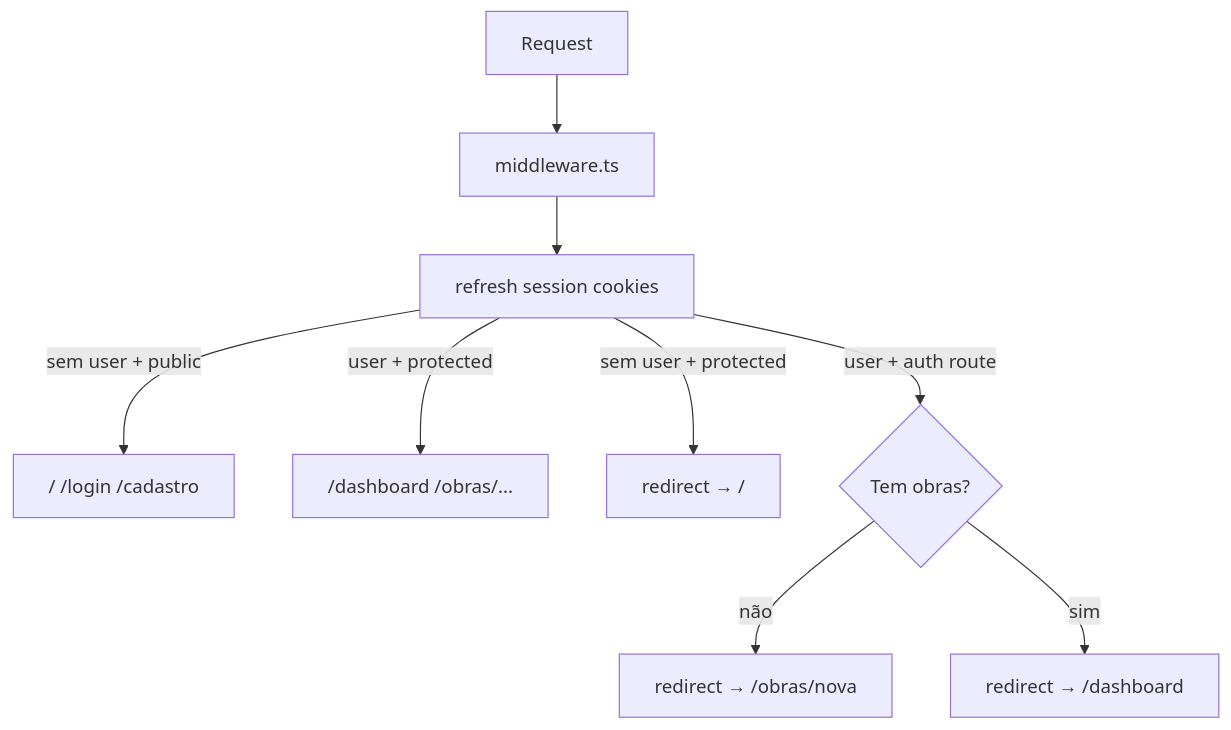
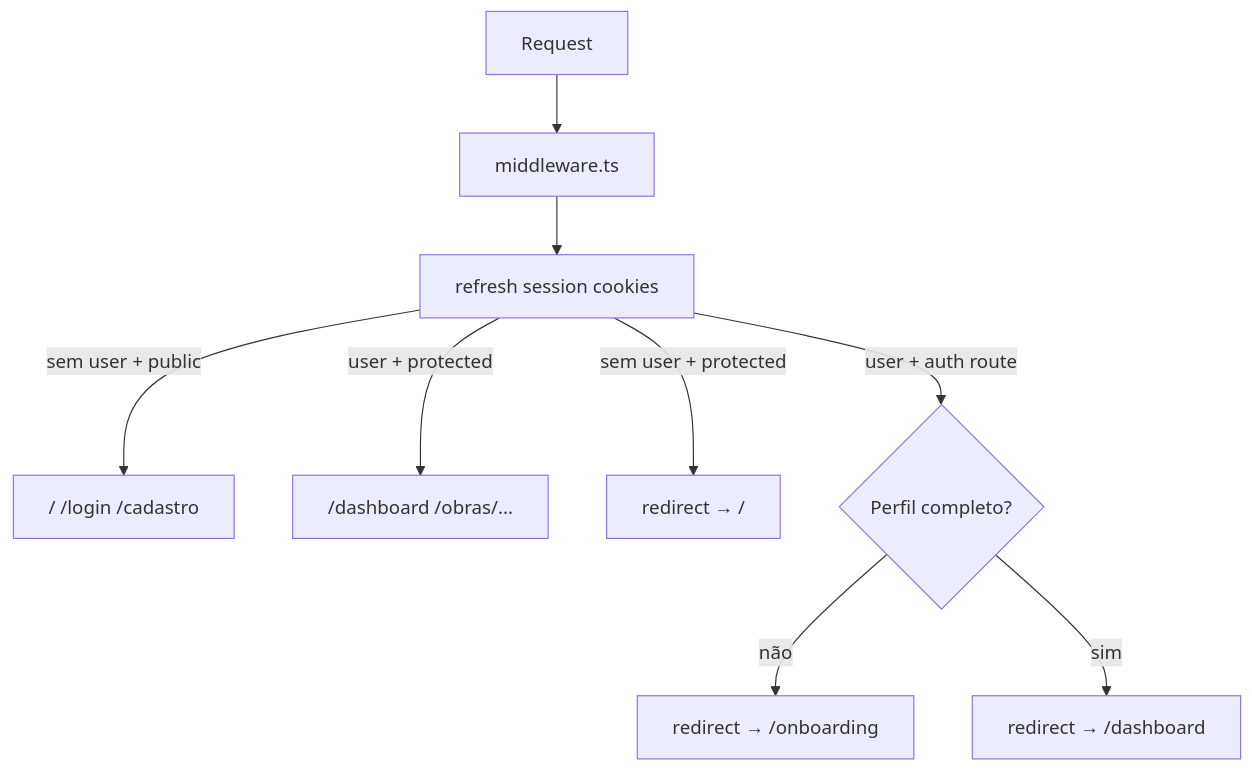
The second of 2 diagrams in docs/ARCHITECTURE.md (suporteobrioai-crypto/OBRIO), drawn with Mermaid before and after one commit. The commit also changed other lines of this file and 15 other files, not shown here.

First line of the commit message:
docs: sync guides with Hotmart-only billing and current architecture.

````diff
--- a/docs/ARCHITECTURE.md
+++ b/docs/ARCHITECTURE.md
@@ -101,20 +102,20 @@
 ```mermaid
 flowchart TB
   Request["Request"]
   MW["middleware.ts"]
   Refresh["refresh session cookies"]
   Public["/ /login /cadastro"]
   Protected["/dashboard /obras/..."]
   Login["redirect → /"]
-  Onboard["redirect → /obras/nova"]
+  Onboard["redirect → /onboarding"]
   Dash["redirect → /dashboard"]
-  Check{"Tem obras?"}
+  Check{"Perfil completo?"}
 
   Request --> MW --> Refresh
   Refresh -->|sem user + protected| Login
   Refresh -->|user + auth route| Check
   Check -->|não| Onboard
   Check -->|sim| Dash
   Refresh -->|user + protected| Protected
   Refresh -->|sem user + public| Public
 ```
````
